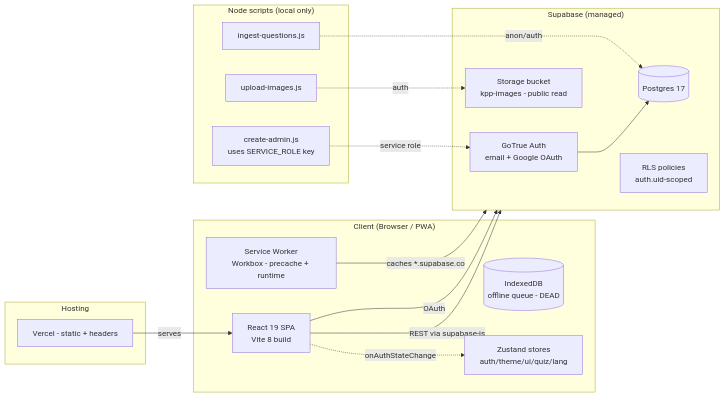
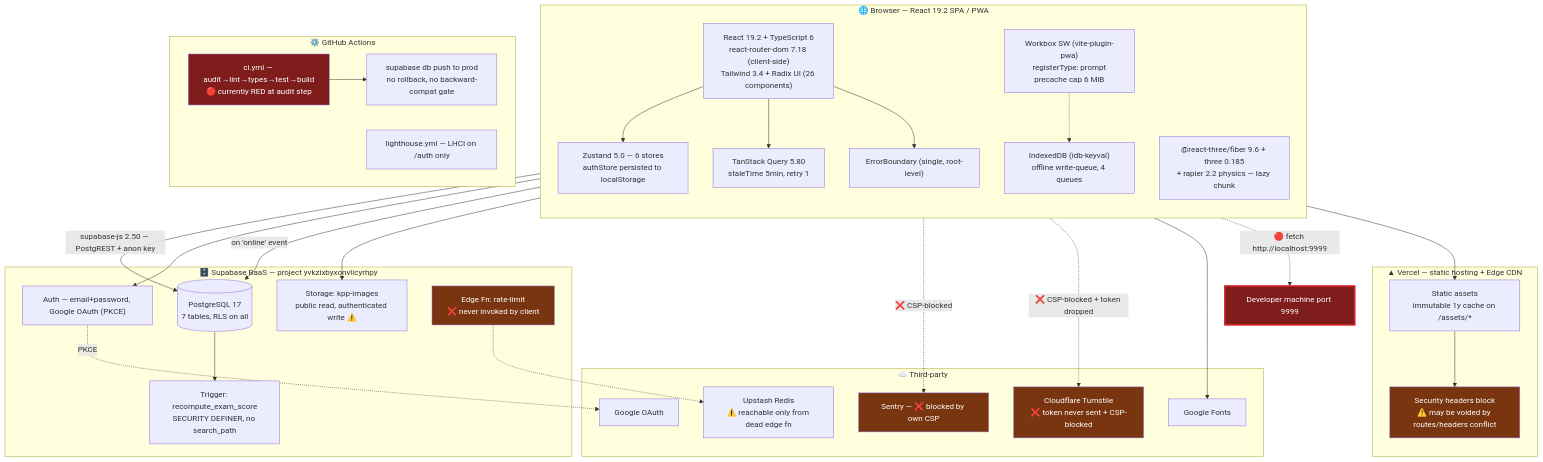
Before and after one commit to faiz226/SD032_DriveMy: the diagram in TechStack.md, drawn with Mermaid. The commit also changed other lines of this file and 3 other files, not shown here.

````diff
--- a/TechStack.md
+++ b/TechStack.md
@@ -33,39 +138,66 @@
 ```mermaid
-flowchart LR
-    subgraph Client["Client (Browser / PWA)"]
-        UI[React 19 SPA<br/>Vite 8 build]
-        SW[Service Worker<br/>Workbox - precache + runtime]
-        IDB[(IndexedDB<br/>offline queue - DEAD)]
-        ZS[Zustand stores<br/>auth/theme/ui/quiz/lang]
+graph TB
+    subgraph Client["🌐 Browser — React 19.2 SPA / PWA"]
+        direction TB
+        UI["React 19.2 + TypeScript 6<br/>react-router-dom 7.18 (client-side)<br/>Tailwind 3.4 + Radix UI (26 components)"]
+        ST["Zustand 5.0 — 6 stores<br/>authStore persisted to localStorage"]
+        RQ["TanStack Query 5.80<br/>staleTime 5min, retry 1"]
+        SW["Workbox SW (vite-plugin-pwa)<br/>registerType: prompt<br/>precache cap 6 MiB"]
+        IDB["IndexedDB (idb-keyval)<br/>offline write-queue, 4 queues"]
+        R3F["@react-three/fiber 9.6 + three 0.185<br/>+ rapier 2.2 physics — lazy chunk"]
+        EB["ErrorBoundary (single, root-level)"]
     end
 
-    UI -->|REST via supabase-js| SB[Supabase]
-    UI -->|OAuth| SB
-    SW -->|caches *.supabase.co| SB
-
-    subgraph SB["Supabase (managed)"]
-        AUTH[GoTrue Auth<br/>email + Google OAuth]
-        PG[(Postgres 17)]
-        RLS[RLS policies<br/>auth.uid-scoped]
-        ST[Storage bucket<br/>kpp-images - public read]
+    subgraph Vercel["▲ Vercel — static hosting + Edge CDN"]
+        CDN["Static assets<br/>immutable 1y cache on /assets/*"]
+        HDR["Security headers block<br/>⚠️ may be voided by routes/headers conflict"]
     end
 
-    AUTH --> PG
-    UI -.->|onAuthStateChange| ZS
-
-    subgraph Scripts["Node scripts (local only)"]
-        SEED[ingest-questions.js]
-        ADM[create-admin.js<br/>uses SERVICE_ROLE key]
-        UP[upload-images.js]
+    subgraph Supabase["🗄️ Supabase BaaS — project yvkzixbyxonvlicyrhpy"]
+        AUTH["Auth — email+password, Google OAuth (PKCE)"]
+        PG[("PostgreSQL 17<br/>7 tables, RLS on all")]
+        TRG["Trigger: recompute_exam_score<br/>SECURITY DEFINER, no search_path"]
+        STG["Storage: kpp-images<br/>public read, authenticated write ⚠️"]
+        EF["Edge Fn: rate-limit<br/>❌ never invoked by client"]
     end
 
-    ADM -.->|service role| AUTH
-    SEED -.->|anon/auth| PG
-    UP -.->|auth| ST
-
-    subgraph Host["Hosting"]
-        VC[Vercel - static + headers]
+    subgraph External["☁️ Third-party"]
+        GF["Google Fonts"]
+        GO["Google OAuth"]
+        SEN["Sentry — ❌ blocked by own CSP"]
+        TS["Cloudflare Turnstile<br/>❌ token never sent + CSP-blocked"]
+        UP["Upstash Redis<br/>⚠️ reachable only from dead edge fn"]
     end
 
-    VC -->|serves| UI
+    subgraph CICD["⚙️ GitHub Actions"]
+        CI["ci.yml — audit→lint→types→test→build<br/>🔴 currently RED at audit step"]
+        DBP["supabase db push to prod<br/>no rollback, no backward-compat gate"]
+        LH["lighthouse.yml — LHCI on /auth only"]
+    end
+
+    UI --> ST
+    UI --> RQ
+    UI --> EB
+    RQ -->|"supabase-js 2.50 — PostgREST + anon key"| PG
+    UI --> AUTH
+    AUTH -.->|PKCE| GO
+    SW -.-> IDB
+    IDB -->|"on 'online' event"| PG
+    PG --> TRG
+    UI --> STG
+    Client --> CDN
+    CDN --> HDR
+    UI -.->|"❌ CSP-blocked"| SEN
+    UI -.->|"❌ CSP-blocked + token dropped"| TS
+    UI --> GF
+    EF -.-> UP
+    CI --> DBP
+    EB -.->|"🔴 fetch http://localhost:9999"| LOCAL["Developer machine port 9999"]
+
+    style LOCAL fill:#7f1d1d,color:#fff,stroke:#dc2626,stroke-width:3px
+    style SEN fill:#78350f,color:#fff
+    style TS fill:#78350f,color:#fff
+    style EF fill:#78350f,color:#fff
+    style HDR fill:#78350f,color:#fff
+    style CI fill:#7f1d1d,color:#fff
 ```
````
